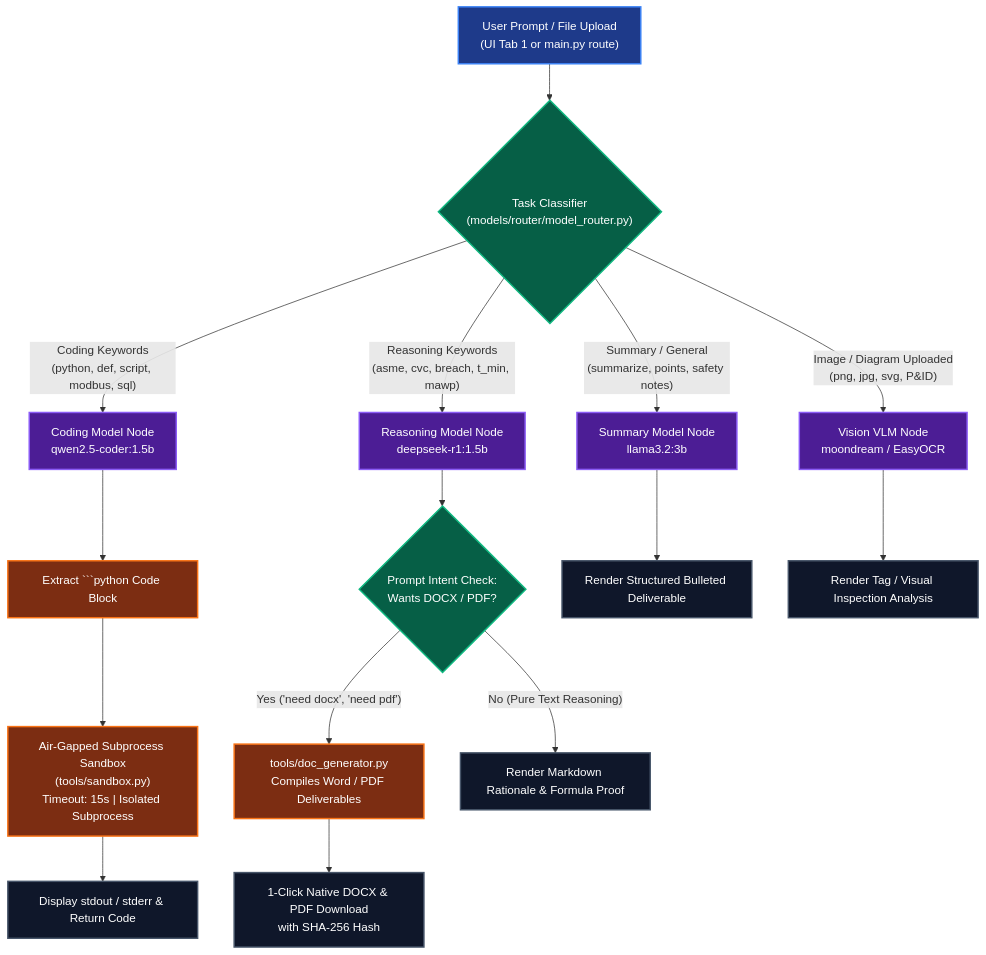
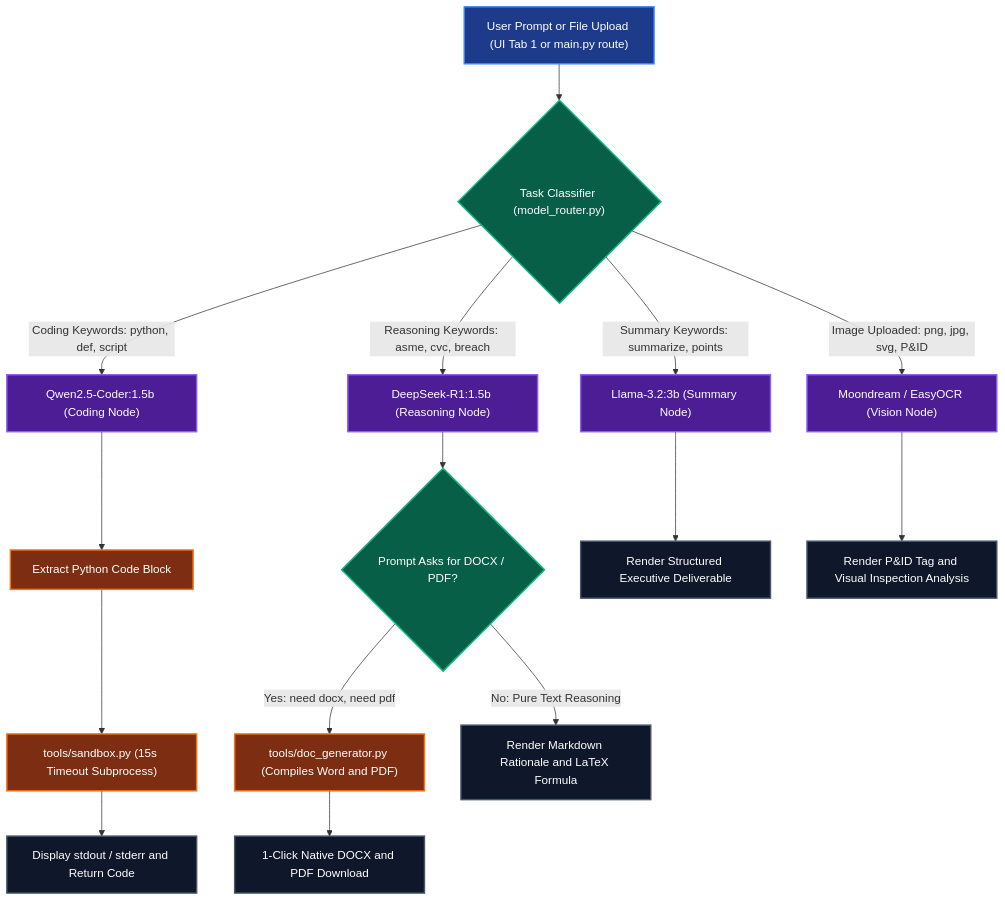
One commit to Shivanshvyas1729/AegisForge-AI changed the fourth of 6 diagrams in rahul_check.md. Above: the diagram before and after it, drawn with Mermaid. The commit also changed other lines of this file and 1 other file, not shown here.

Commit message:
updated rahul_check file

````diff
--- a/rahul_check.md
+++ b/rahul_check.md
@@ -231,32 +303,30 @@
 ```mermaid
 flowchart TD
     classDef inputNode fill:#1e3a8a,stroke:#3b82f6,stroke-width:2px,color:#fff;
     classDef classNode fill:#065f46,stroke:#10b981,stroke-width:2px,color:#fff;
     classDef modelNode fill:#4c1d95,stroke:#8b5cf6,stroke-width:2px,color:#fff;
     classDef toolNode fill:#7c2d12,stroke:#f97316,stroke-width:2px,color:#fff;
     classDef outNode fill:#0f172a,stroke:#475569,stroke-width:2px,color:#fff;
 
-    UserPrompt["User Prompt / File Upload<br/>(UI Tab 1 or main.py route)"]:::inputNode
-    Classifier{"Task Classifier<br/>(models/router/model_router.py)"}:::classNode
+    UserPrompt["User Prompt or File Upload (UI Tab 1 or main.py route)"]:::inputNode
+    Classifier{"Task Classifier (model_router.py)"}:::classNode
 
     UserPrompt --> Classifier
 
-    %% Branches
-    Classifier -- "Coding Keywords<br/>(python, def, script, modbus, sql)" --> CodingBranch["Coding Model Node<br/>qwen2.5-coder:1.5b"]:::modelNode
-    Classifier -- "Reasoning Keywords<br/>(asme, cvc, breach, t_min, mawp)" --> ReasoningBranch["Reasoning Model Node<br/>deepseek-r1:1.5b"]:::modelNode
-    Classifier -- "Summary / General<br/>(summarize, points, safety notes)" --> SummaryBranch["Summary Model Node<br/>llama3.2:3b"]:::modelNode
-    Classifier -- "Image / Diagram Uploaded<br/>(png, jpg, svg, P&ID)" --> VisionBranch["Vision VLM Node<br/>moondream / EasyOCR"]:::modelNode
+    Classifier -- "Coding Keywords: python, def, script" --> CodingBranch["Qwen2.5-Coder:1.5b (Coding Node)"]:::modelNode
+    Classifier -- "Reasoning Keywords: asme, cvc, breach" --> ReasoningBranch["DeepSeek-R1:1.5b (Reasoning Node)"]:::modelNode
+    Classifier -- "Summary Keywords: summarize, points" --> SummaryBranch["Llama-3.2:3b (Summary Node)"]:::modelNode
+    Classifier -- "Image Uploaded: png, jpg, svg, P&ID" --> VisionBranch["Moondream / EasyOCR (Vision Node)"]:::modelNode
 
-    %% Executions
-    CodingBranch --> CodeExtract["Extract ```python Code Block"]:::toolNode
-    CodeExtract --> SandboxExec["Air-Gapped Subprocess Sandbox<br/>(tools/sandbox.py)<br/>Timeout: 15s | Isolated Subprocess"]:::toolNode
-    SandboxExec --> SandboxResult["Display stdout / stderr & Return Code"]:::outNode
+    CodingBranch --> CodeExtract["Extract Python Code Block"]:::toolNode
+    CodeExtract --> SandboxExec["tools/sandbox.py (15s Timeout Subprocess)"]:::toolNode
+    SandboxExec --> SandboxResult["Display stdout / stderr and Return Code"]:::outNode
 
-    ReasoningBranch --> IntentCheck{"Prompt Intent Check:<br/>Wants DOCX / PDF?"}:::classNode
-    IntentCheck -- "Yes ('need docx', 'need pdf')" --> DocGen["tools/doc_generator.py<br/>Compiles Word / PDF Deliverables"]:::toolNode
-    DocGen --> DownloadBtns["1-Click Native DOCX & PDF Download<br/>with SHA-256 Hash"]:::outNode
-    IntentCheck -- "No (Pure Text Reasoning)" --> TextOutput["Render Markdown Rationale & Formula Proof"]:::outNode
+    ReasoningBranch --> IntentCheck{"Prompt Asks for DOCX / PDF?"}:::classNode
+    IntentCheck -- "Yes: need docx, need pdf" --> DocGen["tools/doc_generator.py (Compiles Word and PDF)"]:::toolNode
+    DocGen --> DownloadBtns["1-Click Native DOCX and PDF Download"]:::outNode
+    IntentCheck -- "No: Pure Text Reasoning" --> TextOutput["Render Markdown Rationale and LaTeX Formula"]:::outNode
 
-    SummaryBranch --> SummaryOutput["Render Structured Bulleted Deliverable"]:::outNode
-    VisionBranch --> VisionOutput["Render Tag / Visual Inspection Analysis"]:::outNode
+    SummaryBranch --> SummaryOutput["Render Structured Executive Deliverable"]:::outNode
+    VisionBranch --> VisionOutput["Render P&ID Tag and Visual Inspection Analysis"]:::outNode
 ```
````
